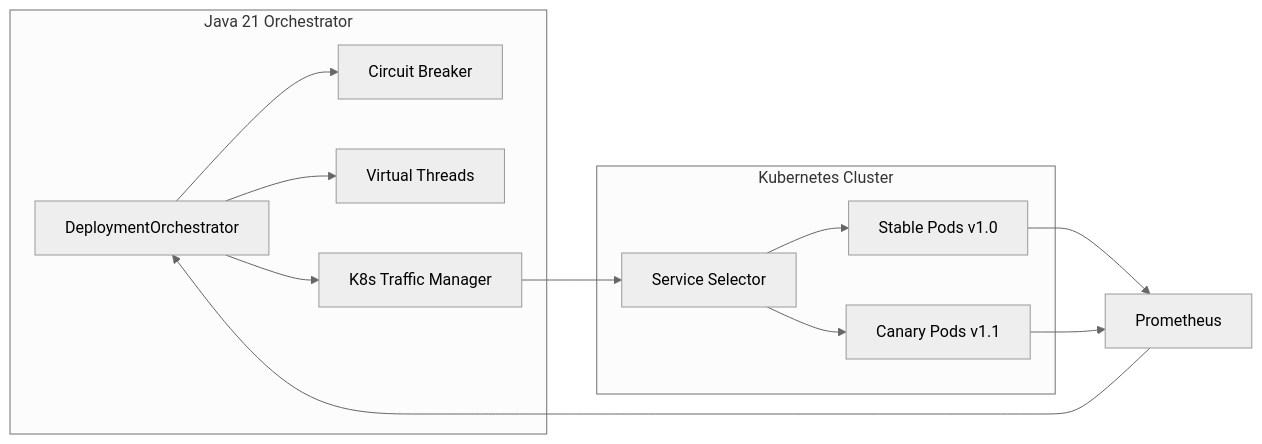
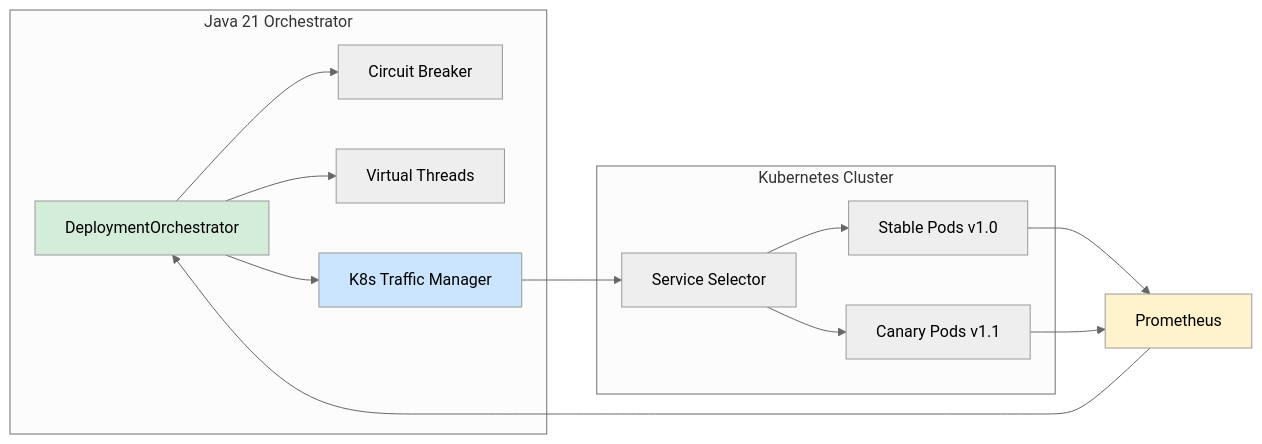
The third of 4 diagrams in 05_SRE_DevOps/patrones_de_despliegue_bluegreen_canary_y_rolling_con_kubernetes_STAFF.md (Joaquinriosheredia/DAM-Java-Mastery), drawn with Mermaid (neutral theme) before and after one commit. The commit also changed other lines of this file, not shown here.

````diff
--- a/05_SRE_DevOps/patrones_de_despliegue_bluegreen_canary_y_rolling_con_kubernetes_STAFF.md
+++ b/05_SRE_DevOps/patrones_de_despliegue_bluegreen_canary_y_rolling_con_kubernetes_STAFF.md
@@ -313,18 +398,22 @@
 ```mermaid
 graph LR
     subgraph "Java 21 Orchestrator"
         ORCH[DeploymentOrchestrator] --> CB[Circuit Breaker]
         ORCH --> VT[Virtual Threads]
         ORCH --> K8S[K8s Traffic Manager]
     end
     
     subgraph "Kubernetes Cluster"
         K8S --> SVC[Service Selector]
         SVC --> POD1[Stable Pods v1.0]
         SVC --> POD2[Canary Pods v1.1]
     end
     
     POD1 --> PROM[Prometheus]
     POD2 --> PROM
     PROM --> ORCH
+    
+    style ORCH fill:#d4edda
+    style K8S fill:#cce5ff
+    style PROM fill:#fff3cd
 ```
````
